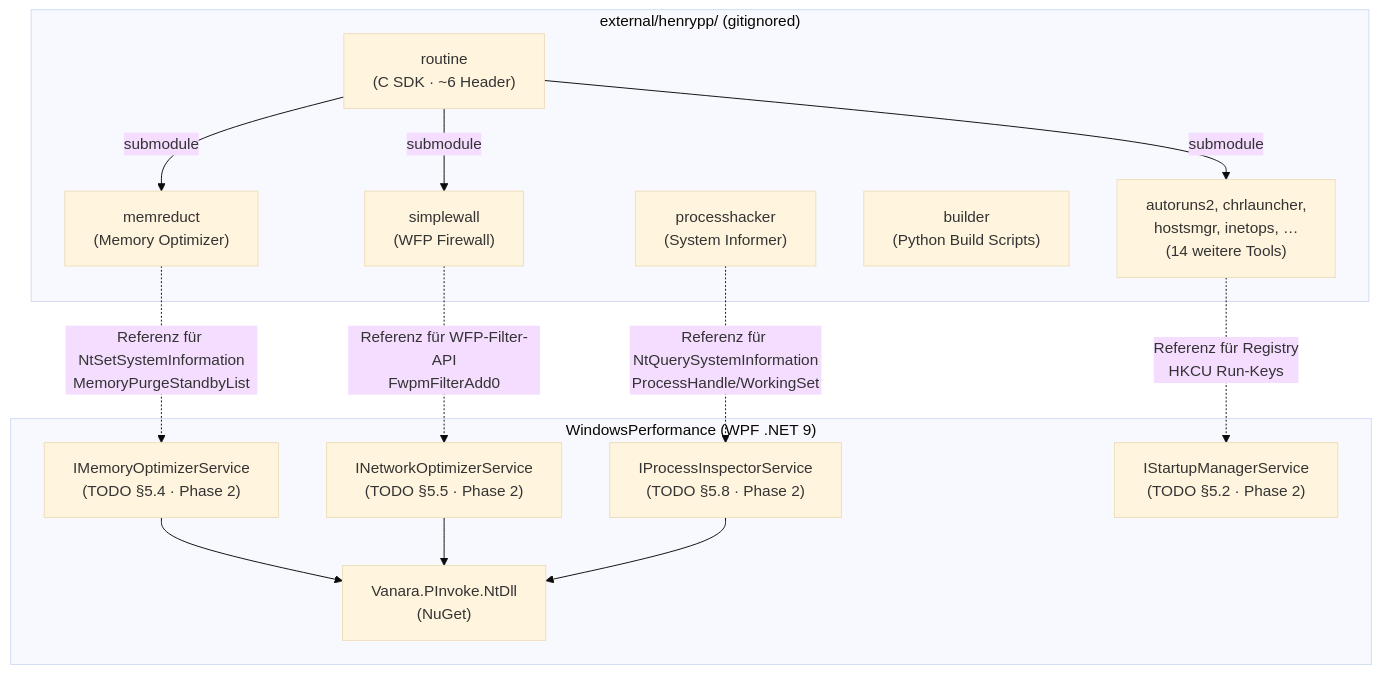
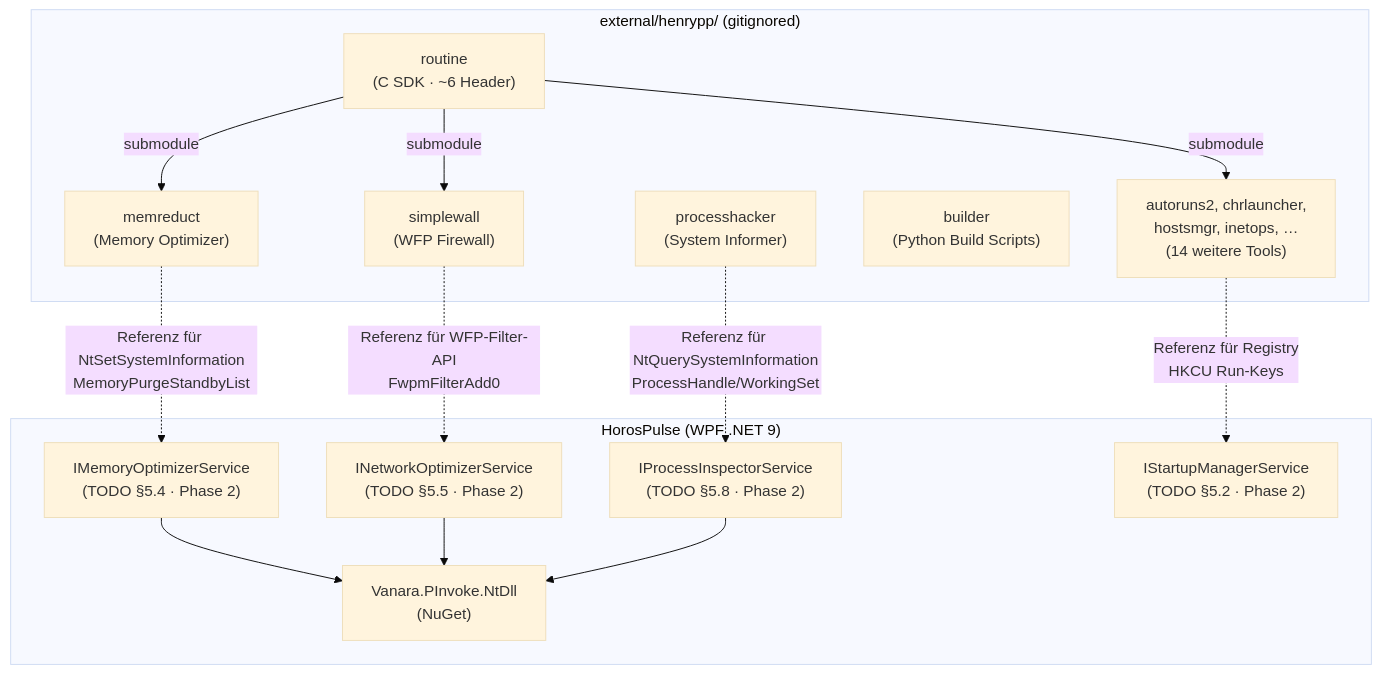
The first of 4 diagrams in docs/features/external-henrypp/04-architektur.md (HorosCloudOfficial/HorosPulse), drawn with Mermaid (base theme) before and after one commit. The commit also changed other lines of this file and 522 other files, not shown here.

First line of the commit message:
Rebrand WindowsPerformance to HorosPulse (HorosCode ecosystem).

````diff
--- a/docs/features/external-henrypp/04-architektur.md
+++ b/docs/features/external-henrypp/04-architektur.md
@@ -10,32 +10,32 @@
 ```mermaid
 graph TD
     subgraph "external/henrypp/ (gitignored)"
         ROUTINE["routine\n(C SDK · ~6 Header)"]
         MEMREDUCT["memreduct\n(Memory Optimizer)"]
         SIMPLEWALL["simplewall\n(WFP Firewall)"]
         PH["processhacker\n(System Informer)"]
         BUILDER["builder\n(Python Build Scripts)"]
         OTHER["autoruns2, chrlauncher,\nhostsmgr, inetops, …\n(14 weitere Tools)"]
 
         ROUTINE --"submodule"--> MEMREDUCT
         ROUTINE --"submodule"--> SIMPLEWALL
         ROUTINE --"submodule"--> OTHER
     end
 
-    subgraph "WindowsPerformance (WPF .NET 9)"
+    subgraph "HorosPulse (WPF .NET 9)"
         VANARANT["Vanara.PInvoke.NtDll\n(NuGet)"]
         MEMOPT["IMemoryOptimizerService\n(TODO §5.4 · Phase 2)"]
         NETOPT["INetworkOptimizerService\n(TODO §5.5 · Phase 2)"]
         PROCINSP["IProcessInspectorService\n(TODO §5.8 · Phase 2)"]
         STARTUP["IStartupManagerService\n(TODO §5.2 · Phase 2)"]
     end
 
     MEMREDUCT -."Referenz für NtSetSystemInformation\nMemoryPurgeStandbyList".-> MEMOPT
     SIMPLEWALL -."Referenz für WFP-Filter-API\nFwpmFilterAdd0".-> NETOPT
     PH -."Referenz für NtQuerySystemInformation\nProcessHandle/WorkingSet".-> PROCINSP
     OTHER -."Referenz für Registry\nHKCU Run-Keys".-> STARTUP
 
     MEMOPT --> VANARANT
     NETOPT --> VANARANT
     PROCINSP --> VANARANT
 ```
````
